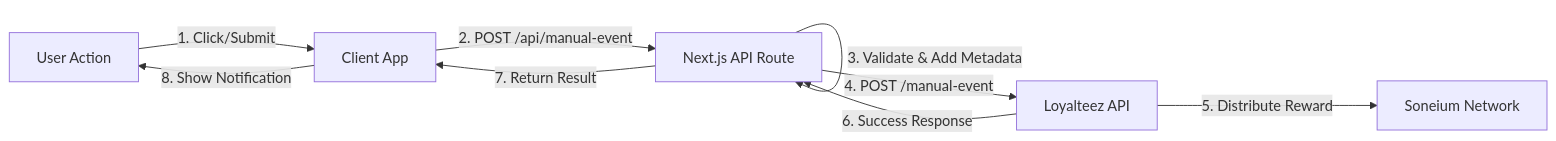
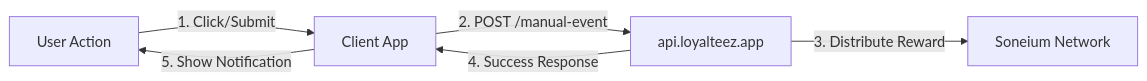
One commit to Alpha4-Labs/saas-demo-loyalteez changed the diagram in README.md. Above: the diagram before and after it, drawn with Mermaid. The commit also changed other lines of this file, not shown here.

Commit message:
docs: update README to reflect client-side direct API pattern

````diff
--- a/README.md
+++ b/README.md
@@ -32,11 +31,8 @@
 ```mermaid
 graph LR
     User[User Action] -->|1. Click/Submit| Client[Client App]
-    Client -->|2. POST /api/manual-event| Proxy[Next.js API Route]
-    Proxy -->|3. Validate & Add Metadata| Proxy
-    Proxy -->|4. POST /manual-event| Loyalteez[Loyalteez API]
-    Loyalteez -->|5. Distribute Reward| Blockchain[Soneium Network]
-    Loyalteez -->|6. Success Response| Proxy
-    Proxy -->|7. Return Result| Client
-    Client -->|8. Show Notification| User
+    Client -->|2. POST /manual-event| Loyalteez[api.loyalteez.app]
+    Loyalteez -->|3. Distribute Reward| Blockchain[Soneium Network]
+    Loyalteez -->|4. Success Response| Client
+    Client -->|5. Show Notification| User
 ```
````
